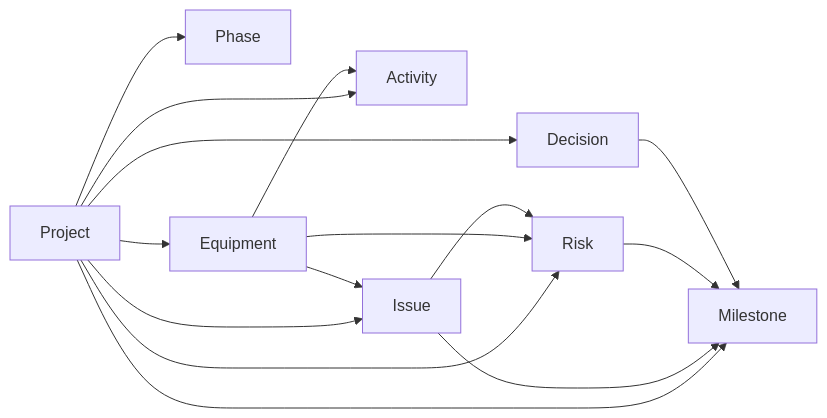
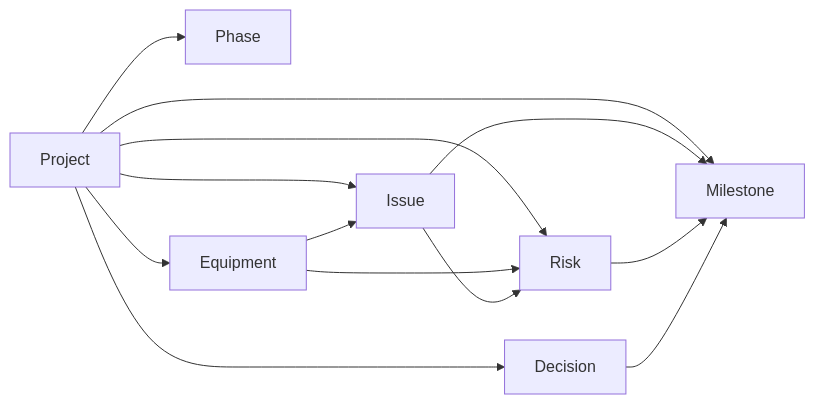
The diagram in docs/02-business-analysis/domain-model-demo-v1.md (aleksei-shavrin/pharma-demo), drawn with Mermaid before and after one commit. The commit also changed other lines of this file and 12 other files, not shown here.

````diff
--- a/docs/02-business-analysis/domain-model-demo-v1.md
+++ b/docs/02-business-analysis/domain-model-demo-v1.md
@@ -91,17 +101,15 @@
 ```mermaid
 flowchart LR
   Project --> Phase
   Project --> Milestone
   Project --> Equipment
-  Project --> Activity
   Project --> Risk
   Project --> Issue
   Project --> Decision
-  Equipment --> Activity
   Equipment --> Issue
   Equipment --> Risk
   Issue --> Risk
   Issue --> Milestone
   Risk --> Milestone
   Decision --> Milestone
 ```
````
